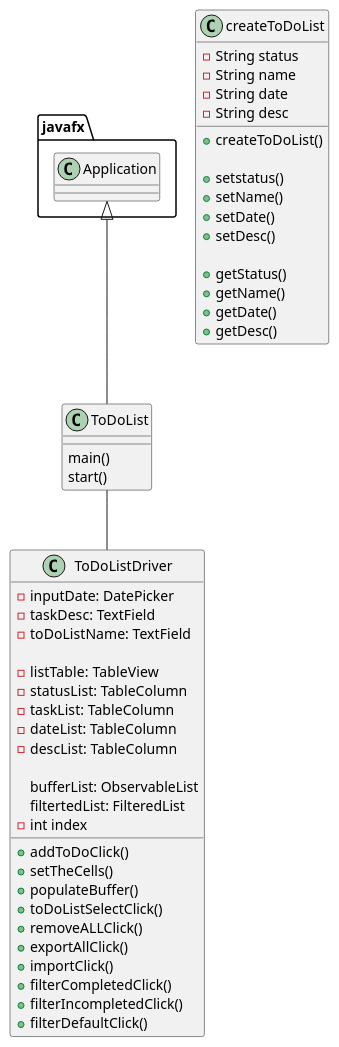
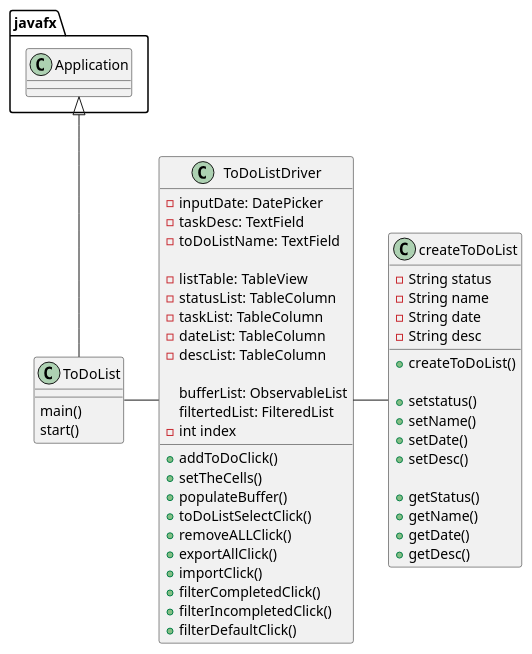
Before and after one commit to fshofiquel/ToDoList: the diagram in uml/ToDoList.puml, drawn with PlantUML. The commit also changed 3 other files, not shown here.

```diff
--- a/uml/ToDoList.puml
+++ b/uml/ToDoList.puml
@@ -1,68 +1,69 @@
 @startuml
 'https://plantuml.com/class-diagram
 
 class ToDoList
 {
     main()
     start()
 }
 
 class ToDoListDriver
 {
     ' Variables
     - inputDate: DatePicker
     - taskDesc: TextField
     - toDoListName: TextField
 
     ' Table elements
     - listTable: TableView
     - statusList: TableColumn
     - taskList: TableColumn
     - dateList: TableColumn
     - descList: TableColumn
 
     bufferList: ObservableList
     filtertedList: FilteredList
     -int index
 
 
     + addToDoClick()
     + setTheCells()
     + populateBuffer()
     + toDoListSelectClick()
     + removeALLClick()
     + exportAllClick()
     + importClick()
     + filterCompletedClick()
     + filterIncompletedClick()
     + filterDefaultClick()
 }
 
 class createToDoList
 {
     - String status
     - String name
     - String date
     - String desc
 
     + createToDoList()
 
     + setstatus()
     + setName()
     + setDate()
     + setDesc()
 
     + getStatus()
     + getName()
     + getDate()
     + getDesc()
 }
 
 
 javafx.Application <|-- ToDoList
 
-ToDoList -- ToDoListDriver
+ToDoList - ToDoListDriver
+ToDoListDriver - createToDoList
 
 
 
 @enduml
```
